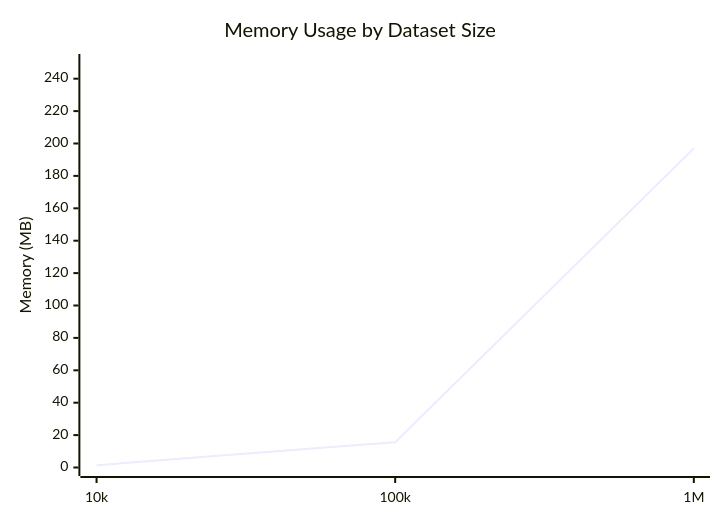
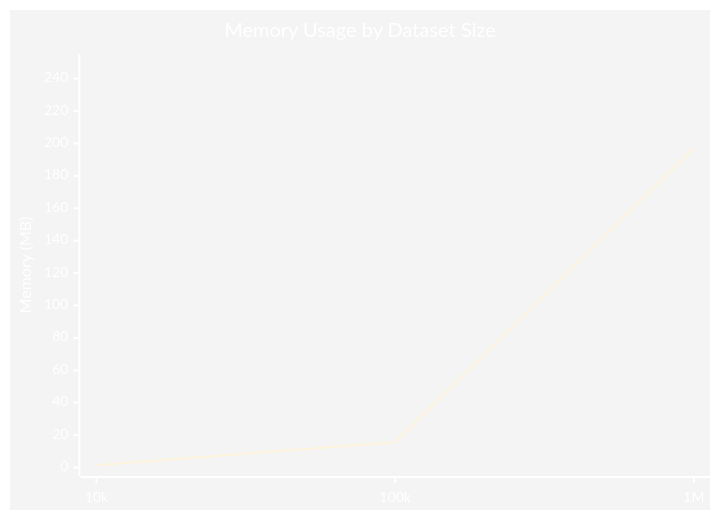
One commit to Pablo997/pulsardb changed the fourth of 6 diagrams in docs/benchmarks.md. Above: the diagram before and after it, drawn with Mermaid. The commit also changed other lines of this file and 2 other files, not shown here.

Commit message:
Update README and documentation with enhanced performance metrics, including write/query throughput and memory efficiency. Add performance optimizations to the README and adjust roadmap completion date to November 2025.

````diff
--- a/docs/benchmarks.md
+++ b/docs/benchmarks.md
@@ -224,7 +227,8 @@
 ```mermaid
+%%{init: {'theme':'base', 'themeVariables': { 'primaryColor':'#9C27B0','primaryTextColor':'#fff','primaryBorderColor':'#7B1FA2','lineColor':'#E91E63','secondaryColor':'#FF5722'}}}%%
 xychart-beta
     title "Memory Usage by Dataset Size"
     x-axis [10k, 100k, 1M]
     y-axis "Memory (MB)" 0 --> 250
     line [1.38, 15.6, 197]
 ```
````
